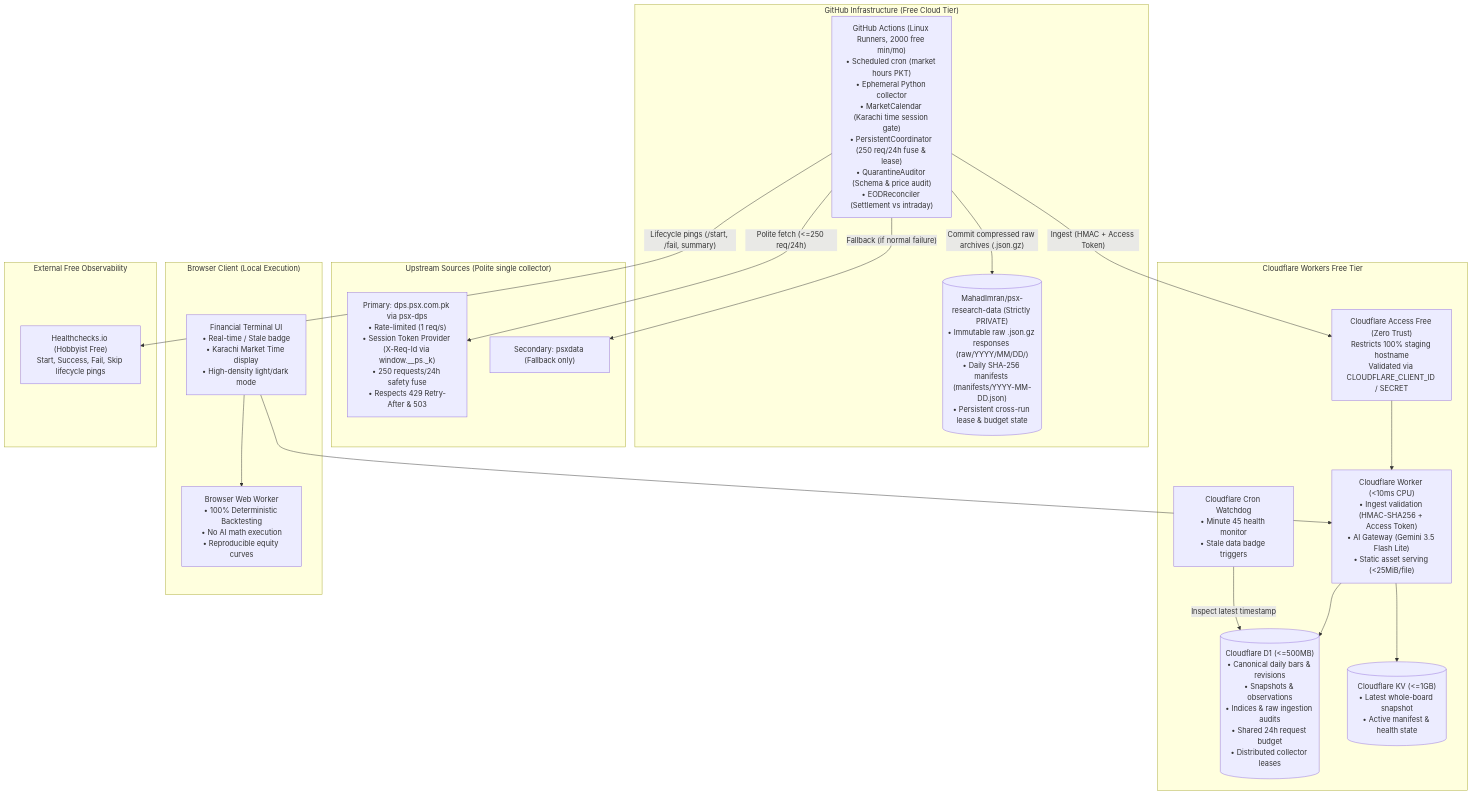
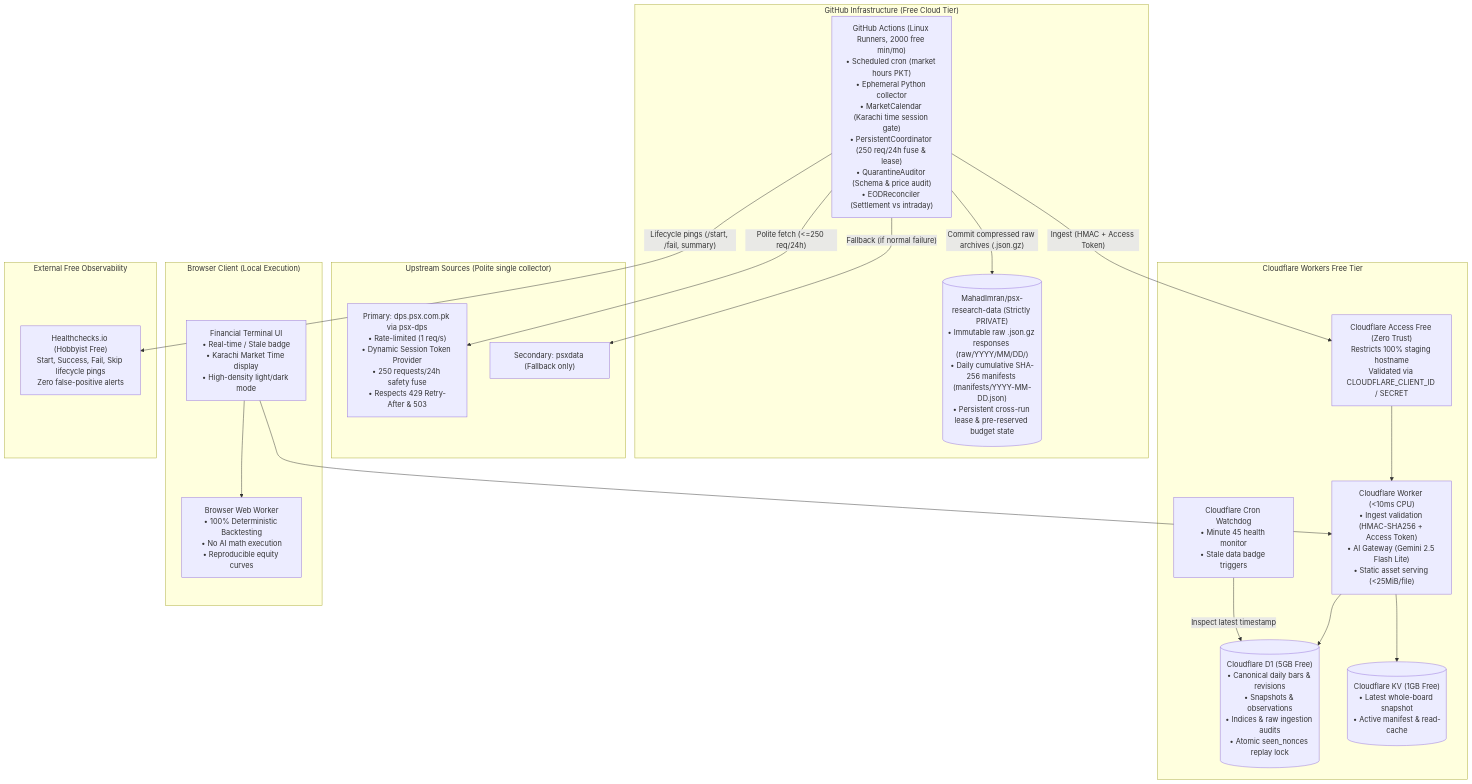
The diagram in docs/ARCHITECTURE.md (MahadImran/psx-research-lab), drawn with Mermaid before and after one commit. The commit also changed other lines of this file and 11 other files, not shown here.

````diff
--- a/docs/ARCHITECTURE.md
+++ b/docs/ARCHITECTURE.md
@@ -14,42 +14,42 @@
 ```mermaid
 flowchart TD
     subgraph GitHub_Cloud["GitHub Infrastructure (Free Cloud Tier)"]
         GHA["GitHub Actions (Linux Runners, 2000 free min/mo)\n• Scheduled cron (market hours PKT)\n• Ephemeral Python collector\n• MarketCalendar (Karachi time session gate)\n• PersistentCoordinator (250 req/24h fuse & lease)\n• QuarantineAuditor (Schema & price audit)\n• EODReconciler (Settlement vs intraday)"]
-        DataRepo[("MahadImran/psx-research-data (Strictly PRIVATE)\n• Immutable raw .json.gz responses (raw/YYYY/MM/DD/)\n• Daily SHA-256 manifests (manifests/YYYY-MM-DD.json)\n• Persistent cross-run lease & budget state")]
+        DataRepo[("MahadImran/psx-research-data (Strictly PRIVATE)\n• Immutable raw .json.gz responses (raw/YYYY/MM/DD/)\n• Daily cumulative SHA-256 manifests (manifests/YYYY-MM-DD.json)\n• Persistent cross-run lease & pre-reserved budget state")]
     end
 
     subgraph PSX_Upstream["Upstream Sources (Polite single collector)"]
-        PSXDPS["Primary: dps.psx.com.pk via psx-dps\n• Rate-limited (1 req/s)\n• Session Token Provider (X-Req-Id via window.__ps._k)\n• 250 requests/24h safety fuse\n• Respects 429 Retry-After & 503"]
+        PSXDPS["Primary: dps.psx.com.pk via psx-dps\n• Rate-limited (1 req/s)\n• Dynamic Session Token Provider\n• 250 requests/24h safety fuse\n• Respects 429 Retry-After & 503"]
         PSXData["Secondary: psxdata (Fallback only)"]
     end
 
     subgraph Cloudflare_Free["Cloudflare Workers Free Tier"]
         CF_Access["Cloudflare Access Free (Zero Trust)\nRestricts 100% staging hostname\nValidated via CLOUDFLARE_CLIENT_ID / SECRET"]
-        Worker["Cloudflare Worker (<10ms CPU)\n• Ingest validation (HMAC-SHA256 + Access Token)\n• AI Gateway (Gemini 3.5 Flash Lite)\n• Static asset serving (<25MiB/file)"]
+        Worker["Cloudflare Worker (<10ms CPU)\n• Ingest validation (HMAC-SHA256 + Access Token)\n• AI Gateway (Gemini 2.5 Flash Lite)\n• Static asset serving (<25MiB/file)"]
         CF_Cron["Cloudflare Cron Watchdog\n• Minute 45 health monitor\n• Stale data badge triggers"]
-        D1[("Cloudflare D1 (<=500MB)\n• Canonical daily bars & revisions\n• Snapshots & observations\n• Indices & raw ingestion audits\n• Shared 24h request budget\n• Distributed collector leases")]
-        KV[("Cloudflare KV (<=1GB)\n• Latest whole-board snapshot\n• Active manifest & health state")]
+        D1[("Cloudflare D1 (5GB Free)\n• Canonical daily bars & revisions\n• Snapshots & observations\n• Indices & raw ingestion audits\n• Atomic seen_nonces replay lock")]
+        KV[("Cloudflare KV (1GB Free)\n• Latest whole-board snapshot\n• Active manifest & read-cache")]
     end
 
     subgraph Client_Browser["Browser Client (Local Execution)"]
         ReactUI["Financial Terminal UI\n• Real-time / Stale badge\n• Karachi Market Time display\n• High-density light/dark mode"]
         WebWorker["Browser Web Worker\n• 100% Deterministic Backtesting\n• No AI math execution\n• Reproducible equity curves"]
     end
 
     subgraph Monitoring["External Free Observability"]
-        Healthchecks["Healthchecks.io (Hobbyist Free)\nStart, Success, Fail, Skip lifecycle pings"]
+        Healthchecks["Healthchecks.io (Hobbyist Free)\nStart, Success, Fail, Skip lifecycle pings\nZero false-positive alerts"]
     end
 
     %% Flows
     GHA -->|"Polite fetch (<=250 req/24h)"| PSXDPS
     GHA -->|"Fallback (if normal failure)"| PSXData
     GHA -->|"Commit compressed raw archives (.json.gz)"| DataRepo
     GHA -->|"Ingest (HMAC + Access Token)"| CF_Access
     CF_Access --> Worker
     Worker --> D1
     Worker --> KV
     GHA -->|"Lifecycle pings (/start, /fail, summary)"| Healthchecks
     CF_Cron -->|"Inspect latest timestamp"| D1
     ReactUI --> Worker
     ReactUI --> WebWorker
 ```
````
